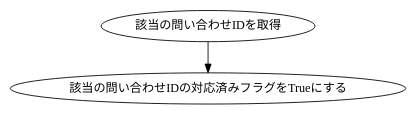
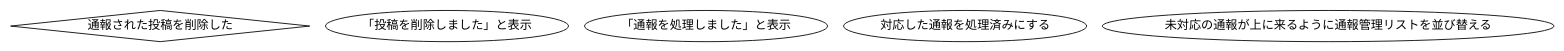
One commit to KUT-Group12/internal_design changed the diagram in dot/sato/ProcessContact.dot. Above: the diagram before and after it, drawn with Graphviz. The commit also changed 94 other files, not shown here.

```diff
--- a/dot/sato/ProcessContact.dot
+++ b/dot/sato/ProcessContact.dot
@@ -1,8 +1,9 @@
 digraph G {
     #include "style.doth"
 
-    get[label = "該当の問い合わせIDを取得"]
-    flag[label = "該当の問い合わせIDの対応済みフラグをTrueにする"]
-
-    get -> flag
+    delete[label="通報された投稿を削除した",shape=diamond]
+    yes[label="「投稿を削除しました」と表示"]
+    no[label="「通報を処理しました」と表示"]
+    true[label="対応した通報を処理済みにする"]
+    change[label="未対応の通報が上に来るように通報管理リストを並び替える"]
 }
```
